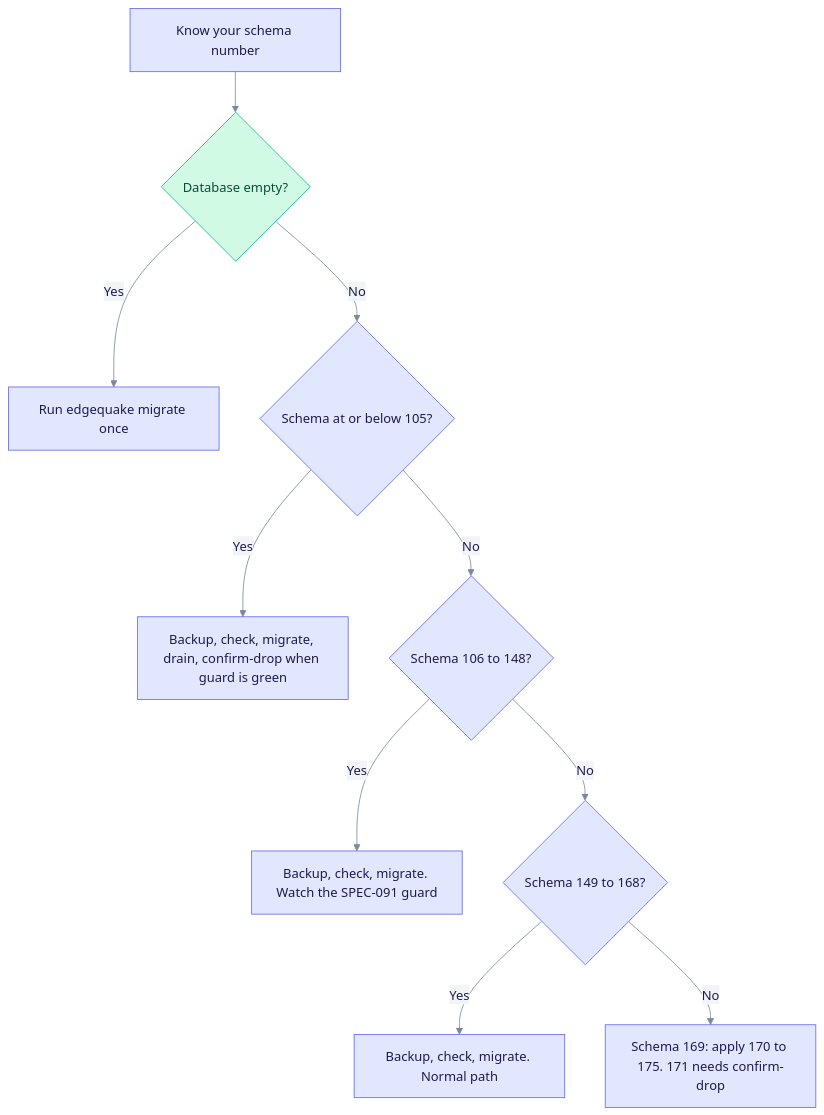
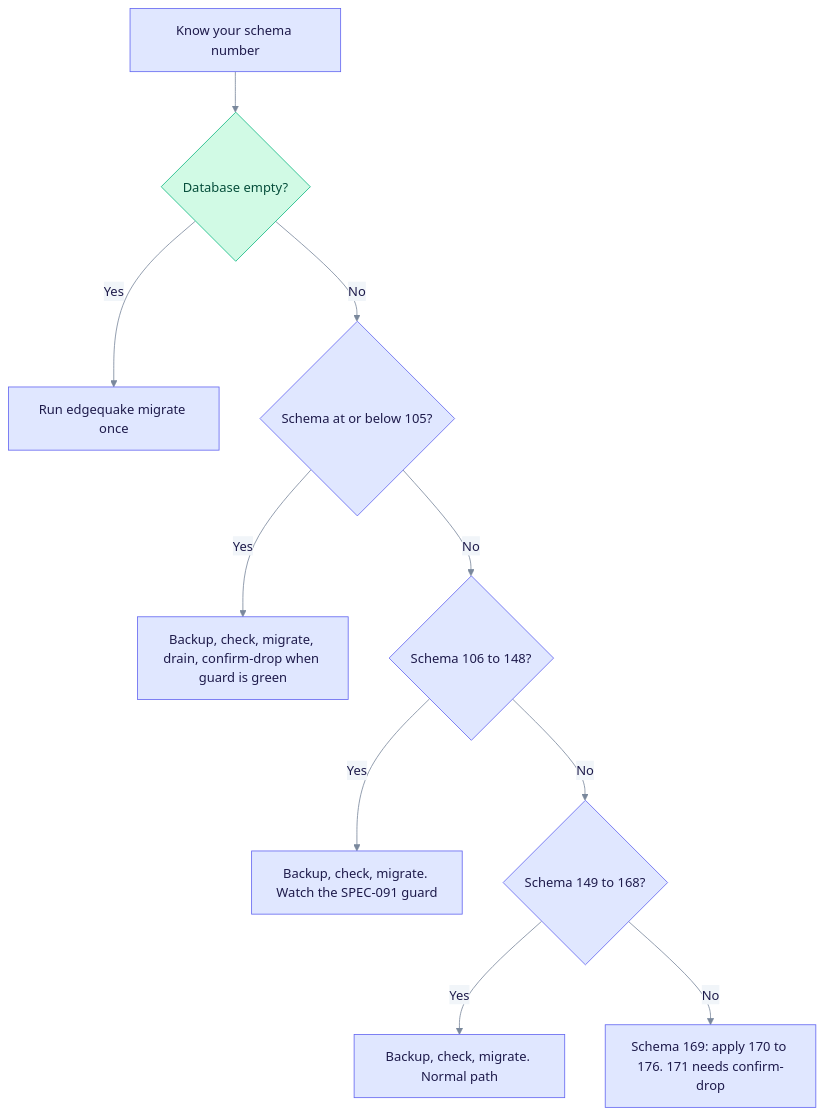
One commit to YatchiYa/edgequake changed the first of 3 diagrams in docs/operations/upgrading.md. Above: the diagram before and after it, drawn with Mermaid. The commit also changed other lines of this file and 9 other files, not shown here.

````diff
--- a/docs/operations/upgrading.md
+++ b/docs/operations/upgrading.md
@@ -24,17 +24,17 @@
 ```mermaid
 %%{init: {"theme":"base","themeVariables":{"primaryColor":"#E0E7FF","primaryBorderColor":"#6366F1","primaryTextColor":"#1E1B4B","secondaryColor":"#D1FAE5","secondaryBorderColor":"#10B981","secondaryTextColor":"#064E3B","tertiaryColor":"#FEF3C7","tertiaryBorderColor":"#F59E0B","tertiaryTextColor":"#6B7A90","lineColor":"#7A889C","clusterBkg":"rgba(99,102,241,0.07)","clusterBorder":"#A5B4FC","noteBkgColor":"#FEF9C3","noteTextColor":"#422006","textColor":"#6B7A90","titleColor":"#6B7A90","signalColor":"#7A889C","signalTextColor":"#6B7A90","loopTextColor":"#6B7A90","edgeLabelBackground":"#F1F5F9","actorLineColor":"#94A3B8"}}}%%
 %% eq-theme:v1
 flowchart TD
   A["Know your schema number"] --> B{"Database empty?"}
   B -->|Yes| C["Run edgequake migrate once"]
   B -->|No| D{"Schema at or below 105?"}
   D -->|Yes| E["Backup, check, migrate, drain, confirm-drop when guard is green"]
   D -->|No| F{"Schema 106 to 148?"}
   F -->|Yes| G["Backup, check, migrate. Watch the SPEC-091 guard"]
   F -->|No| H{"Schema 149 to 168?"}
   H -->|Yes| I["Backup, check, migrate. Normal path"]
-  H -->|No| J["Schema 169: apply 170 to 175. 171 needs confirm-drop"]
+  H -->|No| J["Schema 169: apply 170 to 176. 171 needs confirm-drop"]
 %% eq-classes
 classDef eqStore fill:#D1FAE5,stroke:#10B981,color:#064E3B
 class B eqStore
 ```
````
